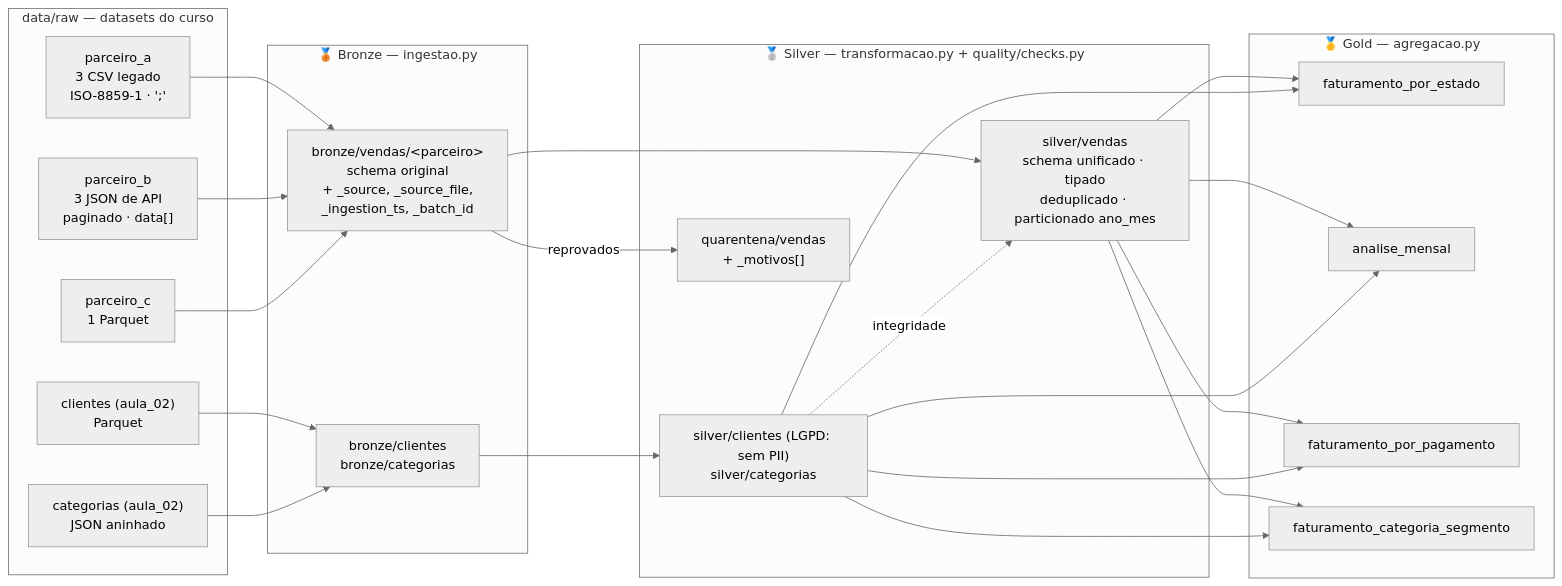
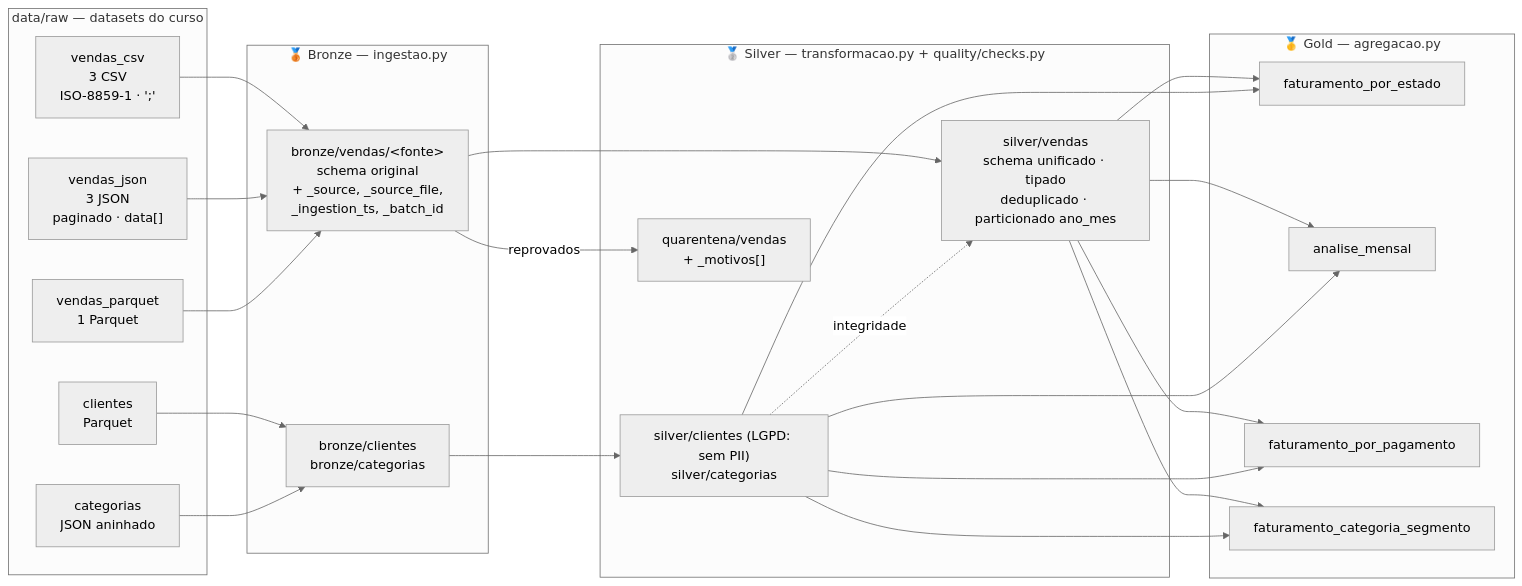
One commit to bepam/Bigdata-project-dataflow changed the first of 2 diagrams in docs/arquitetura.md. Above: the diagram before and after it, drawn with Mermaid (neutral theme). The commit also changed other lines of this file and 15 other files, not shown here.

````diff
--- a/docs/arquitetura.md
+++ b/docs/arquitetura.md
@@ -5,36 +5,36 @@
 ```mermaid
 flowchart LR
     subgraph RAW["data/raw — datasets do curso"]
-        A["parceiro_a<br/>3 CSV legado<br/>ISO-8859-1 · ';'"]
-        B["parceiro_b<br/>3 JSON de API<br/>paginado · data[]"]
-        C["parceiro_c<br/>1 Parquet"]
-        CL["clientes (aula_02)<br/>Parquet"]
-        CA["categorias (aula_02)<br/>JSON aninhado"]
+        A["vendas_csv<br/>3 CSV<br/>ISO-8859-1 · ';'"]
+        B["vendas_json<br/>3 JSON<br/>paginado · data[]"]
+        C["vendas_parquet<br/>1 Parquet"]
+        CL["clientes<br/>Parquet"]
+        CA["categorias<br/>JSON aninhado"]
     end
 
     subgraph BRONZE["🥉 Bronze — ingestao.py"]
-        BV["bronze/vendas/&lt;parceiro&gt;<br/>schema original<br/>+ _source, _source_file,<br/>_ingestion_ts, _batch_id"]
+        BV["bronze/vendas/&lt;fonte&gt;<br/>schema original<br/>+ _source, _source_file,<br/>_ingestion_ts, _batch_id"]
         BD["bronze/clientes<br/>bronze/categorias"]
     end
 
     subgraph SILVER["🥈 Silver — transformacao.py + quality/checks.py"]
         SV["silver/vendas<br/>schema unificado · tipado<br/>deduplicado · particionado ano_mes"]
         SD["silver/clientes (LGPD: sem PII)<br/>silver/categorias"]
         Q["quarentena/vendas<br/>+ _motivos[]"]
     end
 
     subgraph GOLD["🥇 Gold — agregacao.py"]
         G1["faturamento_por_estado"]
         G2["analise_mensal"]
         G3["faturamento_por_pagamento"]
         G4["faturamento_categoria_segmento"]
     end
 
     A & B & C --> BV
     CL & CA --> BD
     BV --> SV
     BV -- "reprovados" --> Q
     BD --> SD
     SD -. "integridade" .-> SV
     SV & SD --> G1 & G2 & G3 & G4
 ```
````
